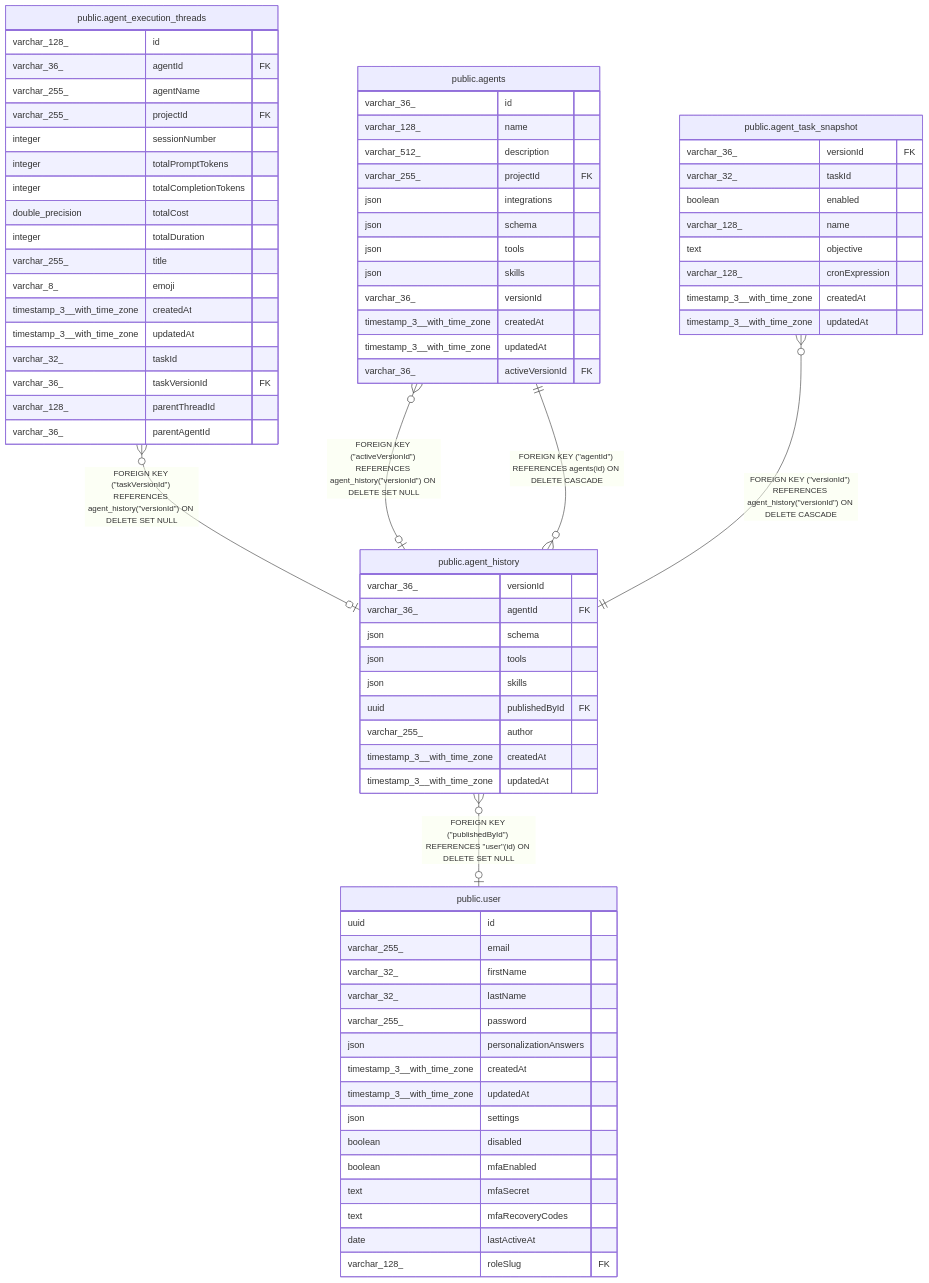
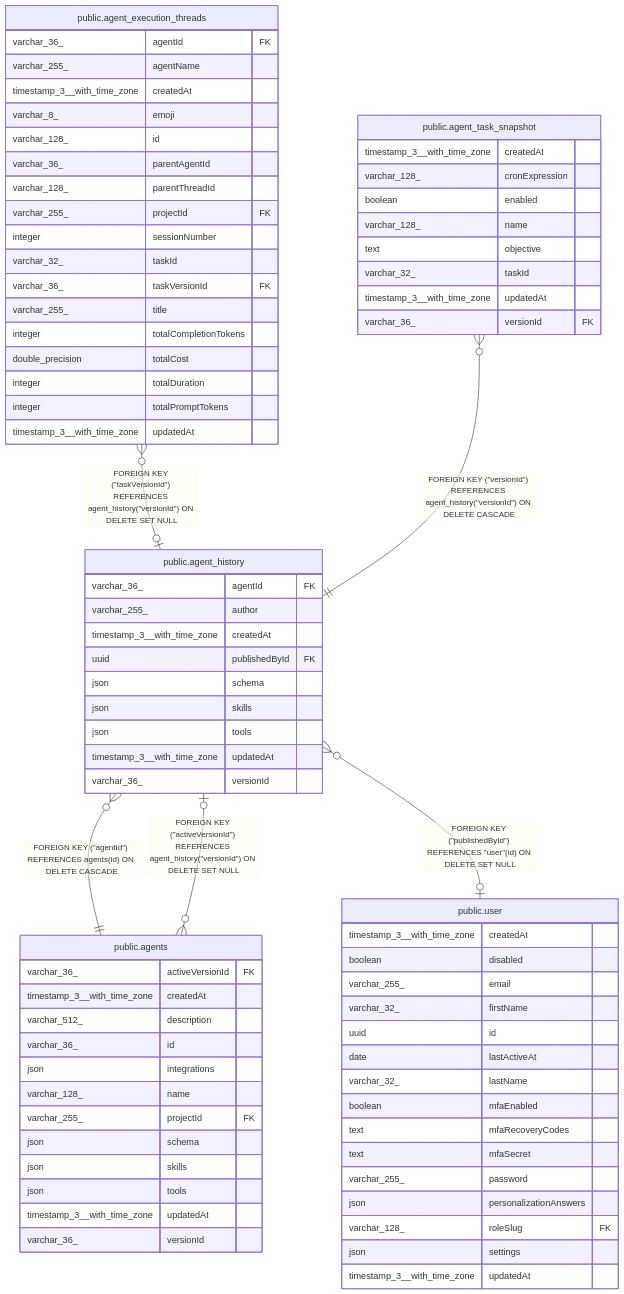
One commit to mayankjain1815-commits/n8n changed the diagram in docs/generated/postgres-schema/public.agent_history.md. Above: the diagram before and after it, drawn with Mermaid. The commit also changed other lines of this file and 221 other files, not shown here.

Commit message:
chore(core): Make DB schema docs generation deterministic (#32373)

````diff
--- a/docs/generated/postgres-schema/public.agent_history.md
+++ b/docs/generated/postgres-schema/public.agent_history.md
@@ -39,81 +39,81 @@
 ```mermaid
 erDiagram
 
-"public.agents" }o--o| "public.agent_history" : "FOREIGN KEY (#quot;activeVersionId#quot;) REFERENCES agent_history(#quot;versionId#quot;) ON DELETE SET NULL"
+"public.agent_history" }o--|| "public.agents" : "FOREIGN KEY (#quot;agentId#quot;) REFERENCES agents(id) ON DELETE CASCADE"
+"public.agent_history" }o--o| "public.user" : "FOREIGN KEY (#quot;publishedById#quot;) REFERENCES #quot;user#quot;(id) ON DELETE SET NULL"
 "public.agent_execution_threads" }o--o| "public.agent_history" : "FOREIGN KEY (#quot;taskVersionId#quot;) REFERENCES agent_history(#quot;versionId#quot;) ON DELETE SET NULL"
 "public.agent_task_snapshot" }o--|| "public.agent_history" : "FOREIGN KEY (#quot;versionId#quot;) REFERENCES agent_history(#quot;versionId#quot;) ON DELETE CASCADE"
-"public.agent_history" }o--|| "public.agents" : "FOREIGN KEY (#quot;agentId#quot;) REFERENCES agents(id) ON DELETE CASCADE"
-"public.agent_history" }o--o| "public.user" : "FOREIGN KEY (#quot;publishedById#quot;) REFERENCES #quot;user#quot;(id) ON DELETE SET NULL"
+"public.agents" }o--o| "public.agent_history" : "FOREIGN KEY (#quot;activeVersionId#quot;) REFERENCES agent_history(#quot;versionId#quot;) ON DELETE SET NULL"
 
 "public.agent_history" {
-  varchar_36_ versionId
   varchar_36_ agentId FK
-  json schema
-  json tools
-  json skills
-  uuid publishedById FK
   varchar_255_ author
   timestamp_3__with_time_zone createdAt
+  uuid publishedById FK
+  json schema
+  json skills
+  json tools
+  timestamp_3__with_time_zone updatedAt
+  varchar_36_ versionId
+}
+"public.agents" {
+  varchar_36_ activeVersionId FK
+  timestamp_3__with_time_zone createdAt
+  varchar_512_ description
+  varchar_36_ id
+  json integrations
+  varchar_128_ name
+  varchar_255_ projectId FK
+  json schema
+  json skills
+  json tools
+  timestamp_3__with_time_zone updatedAt
+  varchar_36_ versionId
+}
+"public.user" {
+  timestamp_3__with_time_zone createdAt
+  boolean disabled
+  varchar_255_ email
+  varchar_32_ firstName
+  uuid id
+  date lastActiveAt
+  varchar_32_ lastName
+  boolean mfaEnabled
+  text mfaRecoveryCodes
+  text mfaSecret
+  varchar_255_ password
+  json personalizationAnswers
+  varchar_128_ roleSlug FK
+  json settings
   timestamp_3__with_time_zone updatedAt
 }
-"public.agents" {
-  varchar_36_ id
-  varchar_128_ name
-  varchar_512_ description
-  varchar_255_ projectId FK
-  json integrations
-  json schema
-  json tools
-  json skills
-  varchar_36_ versionId
-  timestamp_3__with_time_zone createdAt
-  timestamp_3__with_time_zone updatedAt
-  varchar_36_ activeVersionId FK
-}
 "public.agent_execution_threads" {
-  varchar_128_ id
   varchar_36_ agentId FK
   varchar_255_ agentName
+  timestamp_3__with_time_zone createdAt
+  varchar_8_ emoji
+  varchar_128_ id
+  varchar_36_ parentAgentId
+  varchar_128_ parentThreadId
   varchar_255_ projectId FK
   integer sessionNumber
-  integer totalPromptTokens
+  varchar_32_ taskId
+  varchar_36_ taskVersionId FK
+  varchar_255_ title
   integer totalCompletionTokens
   double_precision totalCost
   integer totalDuration
-  varchar_255_ title
-  varchar_8_ emoji
-  timestamp_3__with_time_zone createdAt
+  integer totalPromptTokens
   timestamp_3__with_time_zone updatedAt
-  varchar_32_ taskId
-  varchar_36_ taskVersionId FK
-  varchar_128_ parentThreadId
-  varchar_36_ parentAgentId
 }
 "public.agent_task_snapshot" {
-  varchar_36_ versionId FK
-  varchar_32_ taskId
+  timestamp_3__with_time_zone createdAt
+  varchar_128_ cronExpression
   boolean enabled
   varchar_128_ name
   text objective
-  varchar_128_ cronExpression
-  timestamp_3__with_time_zone createdAt
+  varchar_32_ taskId
   timestamp_3__with_time_zone updatedAt
-}
-"public.user" {
-  uuid id
-  varchar_255_ email
-  varchar_32_ firstName
-  varchar_32_ lastName
-  varchar_255_ password
-  json personalizationAnswers
-  timestamp_3__with_time_zone createdAt
-  timestamp_3__with_time_zone updatedAt
-  json settings
-  boolean disabled
-  boolean mfaEnabled
-  text mfaSecret
-  text mfaRecoveryCodes
-  date lastActiveAt
-  varchar_128_ roleSlug FK
+  varchar_36_ versionId FK
 }
 ```
````
